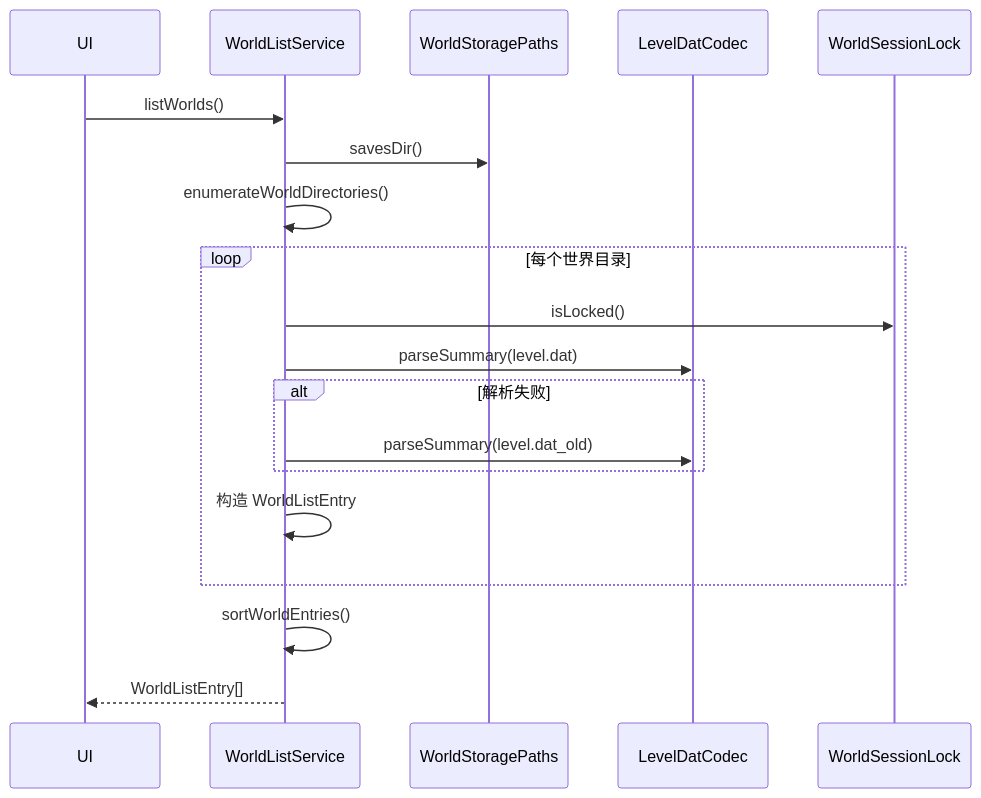
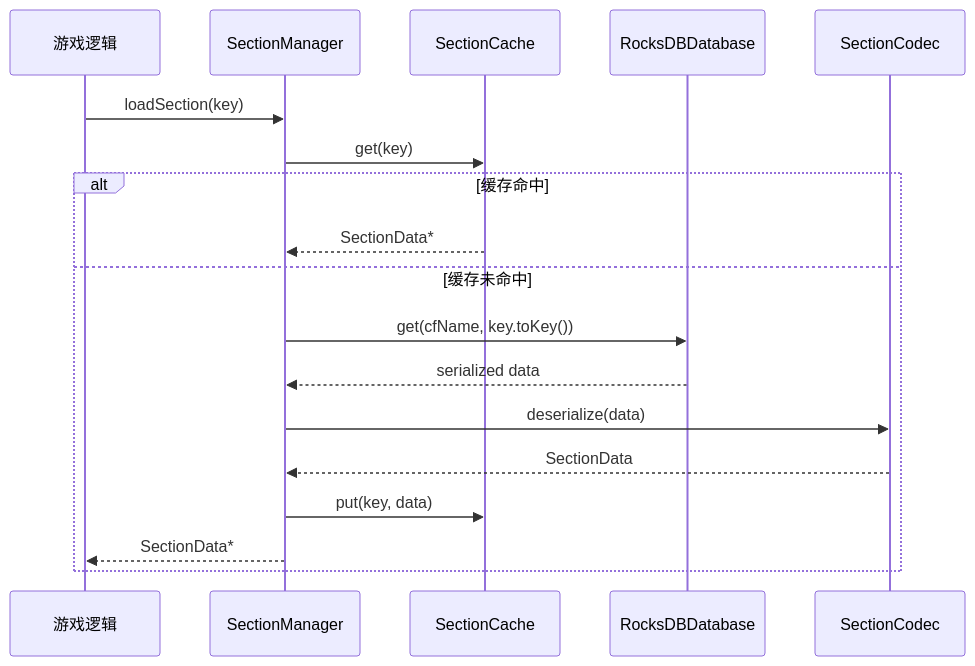
The first of 3 diagrams in src/common/world/storage/README.md (g122622/Cubium), drawn with Mermaid before and after one commit. The commit also changed other lines of this file and 45 other files, not shown here.

````diff
--- a/src/common/world/storage/README.md
+++ b/src/common/world/storage/README.md
@@ -405,22 +311,21 @@
 ```mermaid
 sequenceDiagram
-    participant UI
-    participant Service as WorldListService
-    participant Paths as WorldStoragePaths
-    participant Codec as LevelDatCodec
-    participant Lock as WorldSessionLock
+    participant Game as 游戏逻辑
+    participant Manager as SectionManager
+    participant Cache as SectionCache
+    participant DB as RocksDBDatabase
+    participant Codec as SectionCodec
 
-    UI->>Service: listWorlds()
-    Service->>Paths: savesDir()
-    Service->>Service: enumerateWorldDirectories()
-    loop 每个世界目录
-        Service->>Lock: isLocked()
-        Service->>Codec: parseSummary(level.dat)
-        alt 解析失败
-            Service->>Codec: parseSummary(level.dat_old)
-        end
-        Service->>Service: 构造 WorldListEntry
+    Game->>Manager: loadSection(key)
+    Manager->>Cache: get(key)
+    alt 缓存命中
+        Cache-->>Manager: SectionData*
+    else 缓存未命中
+        Manager->>DB: get(cfName, key.toKey())
+        DB-->>Manager: serialized data
+        Manager->>Codec: deserialize(data)
+        Codec-->>Manager: SectionData
+        Manager->>Cache: put(key, data)
+        Manager-->>Game: SectionData*
     end
-    Service->>Service: sortWorldEntries()
-    Service-->>UI: WorldListEntry[]
 ```
````
